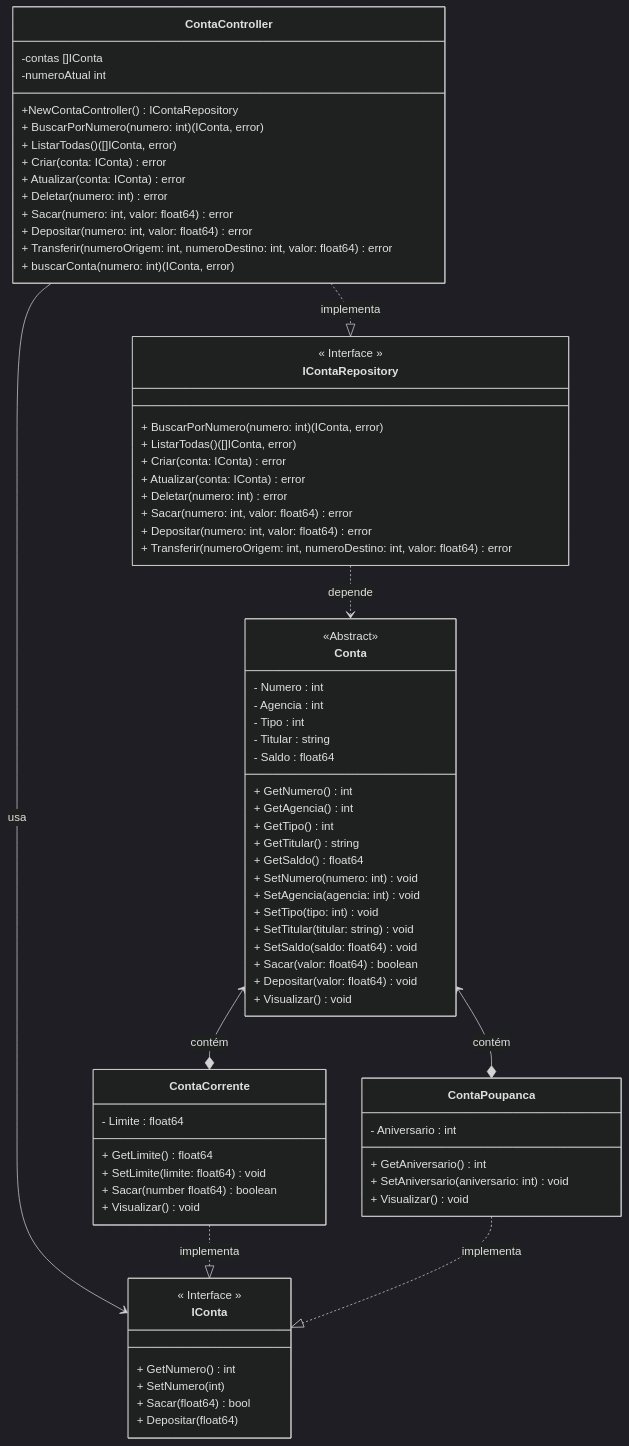
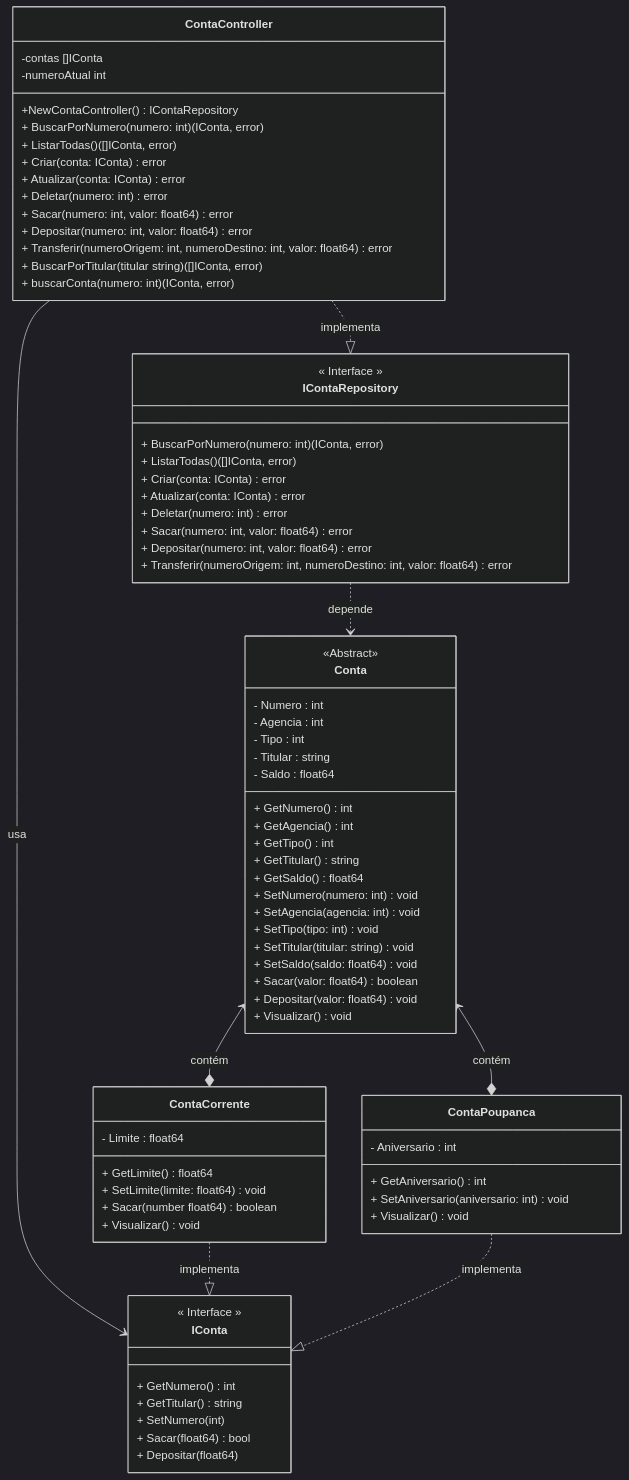
Before and after one commit to rafaelq80/conta_bancaria_go: the second of 2 diagrams in README.md, drawn with Mermaid (dark theme). The commit also changed 3 other files, not shown here.

````diff
--- a/README.md
+++ b/README.md
@@ -124,77 +124,79 @@
 ```mermaid
 classDiagram
 class Conta {
 <<Abstract>>
   - Numero : int
   - Agencia : int
   - Tipo : int
   - Titular : string
   - Saldo : float64
   + GetNumero() int
   + GetAgencia() int
   + GetTipo() int
   + GetTitular() string
   + GetSaldo() float64
   + SetNumero(numero: int) void
   + SetAgencia(agencia: int) void
   + SetTipo(tipo: int) void
   + SetTitular(titular: string) void
   + SetSaldo(saldo: float64) void
   + Sacar(valor: float64) boolean
   + Depositar(valor: float64) void
   + Visualizar() void
 }
 class ContaCorrente {
   - Limite : float64
   + GetLimite() float64
   + SetLimite(limite: float64) void
   + Sacar(number float64) boolean
   + Visualizar() void
 }
 class ContaPoupanca {
   - Aniversario : int
   + GetAniversario() int
   + SetAniversario(aniversario: int) void
   + Visualizar() void
 }
 class IContaRepository{
 << Interface >>
 + BuscarPorNumero(numero: int) (IConta, error)
 + ListarTodas() ([]IConta, error)
 + Criar(conta: IConta) error
 + Atualizar(conta: IConta) error
 + Deletar(numero: int) error
 + Sacar(numero: int, valor: float64) error
 + Depositar(numero: int, valor: float64) error
 + Transferir(numeroOrigem: int, numeroDestino: int, valor: float64) error
 }
 class IConta{
 << Interface >>
 + GetNumero() int
++ GetTitular() string
 + SetNumero(int)
 + Sacar(float64) bool
 + Depositar(float64)
 }
 class ContaController{
 -contas []IConta
 -numeroAtual int
 +NewContaController() IContaRepository
 + BuscarPorNumero(numero: int) (IConta, error)
 + ListarTodas() ([]IConta, error)
 + Criar(conta: IConta) error
 + Atualizar(conta: IConta) error
 + Deletar(numero: int) error
 + Sacar(numero: int, valor: float64) error
 + Depositar(numero: int, valor: float64) error
 + Transferir(numeroOrigem: int, numeroDestino: int, valor: float64) error
++ BuscarPorTitular(titular string) ([]IConta, error)
 + buscarConta(numero: int) (IConta, error)
 }
 Conta <--* ContaCorrente : contém
 Conta <--* ContaPoupanca : contém
 ContaController ..|> IContaRepository : implementa
 ContaController --> IConta : usa
 ContaCorrente ..|> IConta : implementa
 ContaPoupanca ..|> IConta : implementa
 IContaRepository ..> Conta : depende
 
 ```
````
